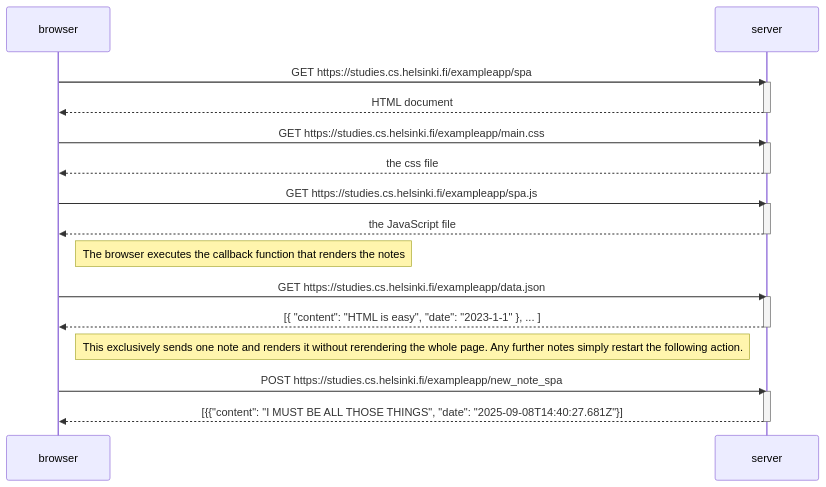
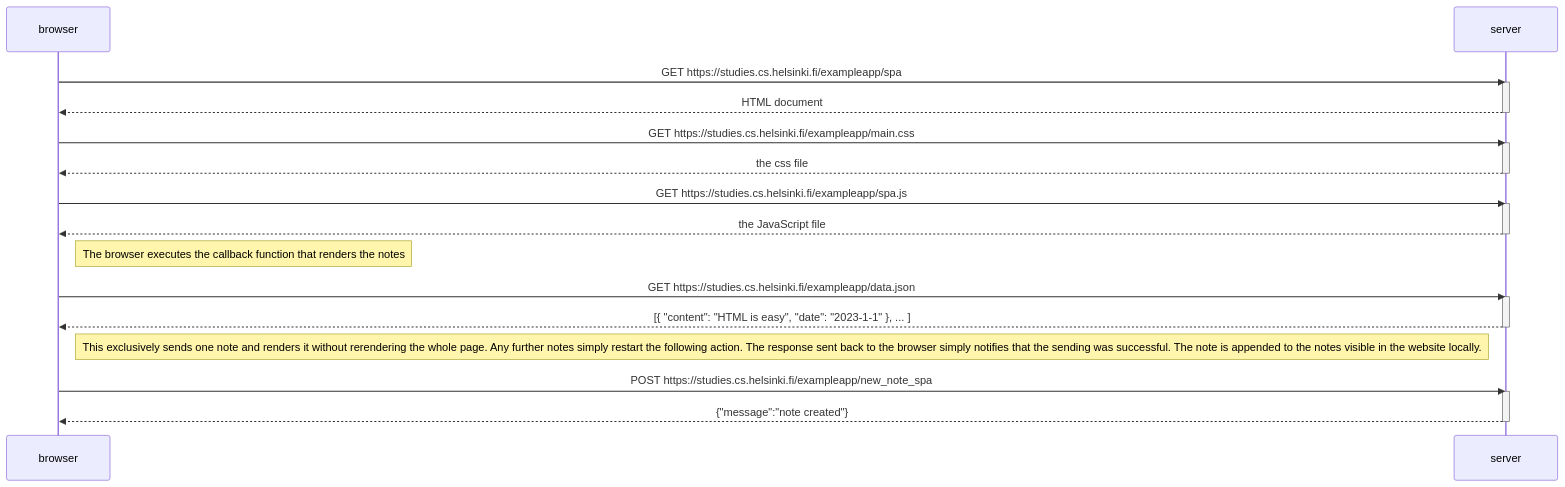
The diagram in p0e6.md (AndresAbb/fso), drawn with Mermaid before and after one commit.

````diff
--- a/p0e6.md
+++ b/p0e6.md
@@ -4,38 +4,38 @@
 ```mermaid
 sequenceDiagram
     participant browser
     participant server
     
 
     browser->>server: GET https://studies.cs.helsinki.fi/exampleapp/spa
     activate server
     server-->>browser: HTML document
     deactivate server
 
     browser->>server: GET https://studies.cs.helsinki.fi/exampleapp/main.css
     activate server
     server-->>browser: the css file
     deactivate server
 
     browser->>server: GET https://studies.cs.helsinki.fi/exampleapp/spa.js
     activate server
     server-->>browser: the JavaScript file
     deactivate server
 
     Note right of browser: The browser executes the callback function that renders the notes
 
     browser->>server: GET https://studies.cs.helsinki.fi/exampleapp/data.json
     activate server
     server-->>browser: [{ "content": "HTML is easy", "date": "2023-1-1" }, ... ]
     deactivate server
 
-    Note right of browser: This exclusively sends one note and renders it without rerendering the whole page. Any further notes simply restart the following action.
+    Note right of browser: This exclusively sends one note and renders it without rerendering the whole page. Any further notes simply restart the following action. The response sent back to the browser simply        notifies that the sending was successful. The note is appended to the notes visible in the website locally.
 
     browser->> server: POST https://studies.cs.helsinki.fi/exampleapp/new_note_spa
     activate server
-    server-->>browser: [{{"content": "I MUST BE ALL THOSE THINGS", "date": "2025-09-08T14:40:27.681Z"}]
+    server-->>browser: {"message":"note created"}
     deactivate server
 
 
 
 ```
````
